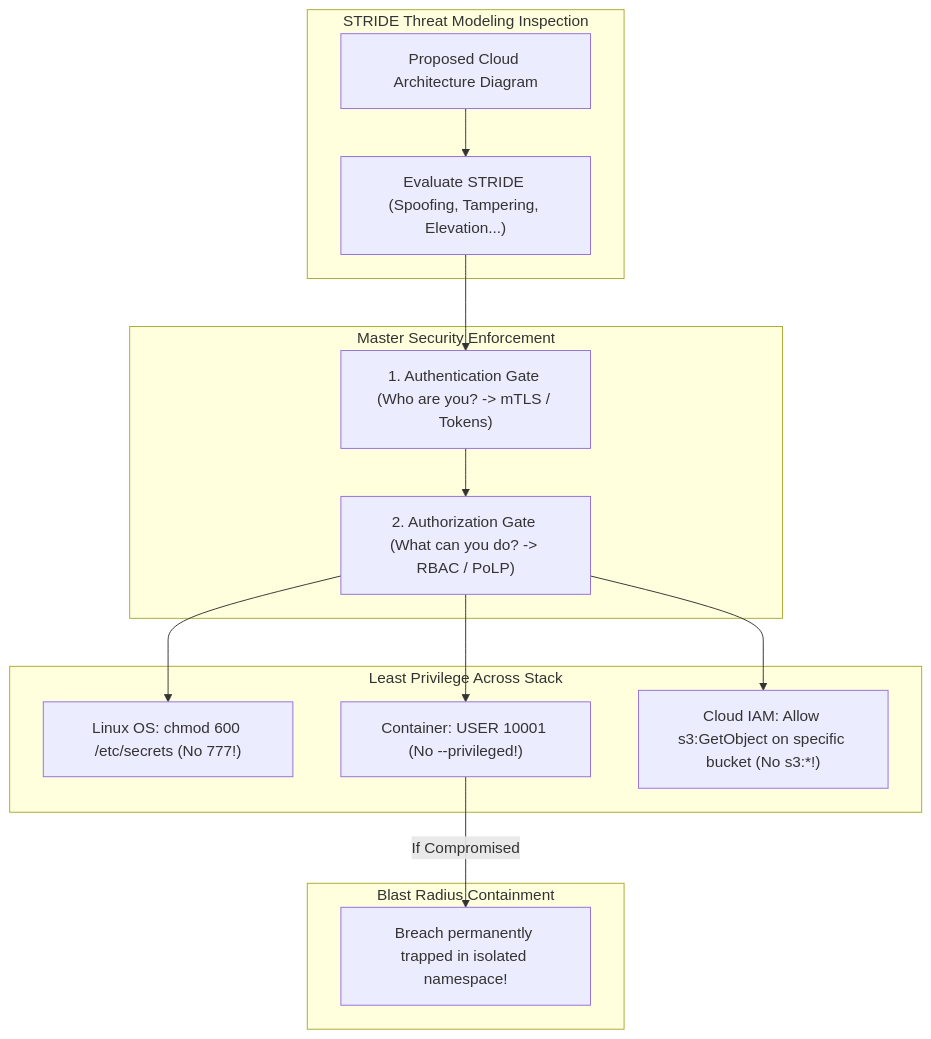
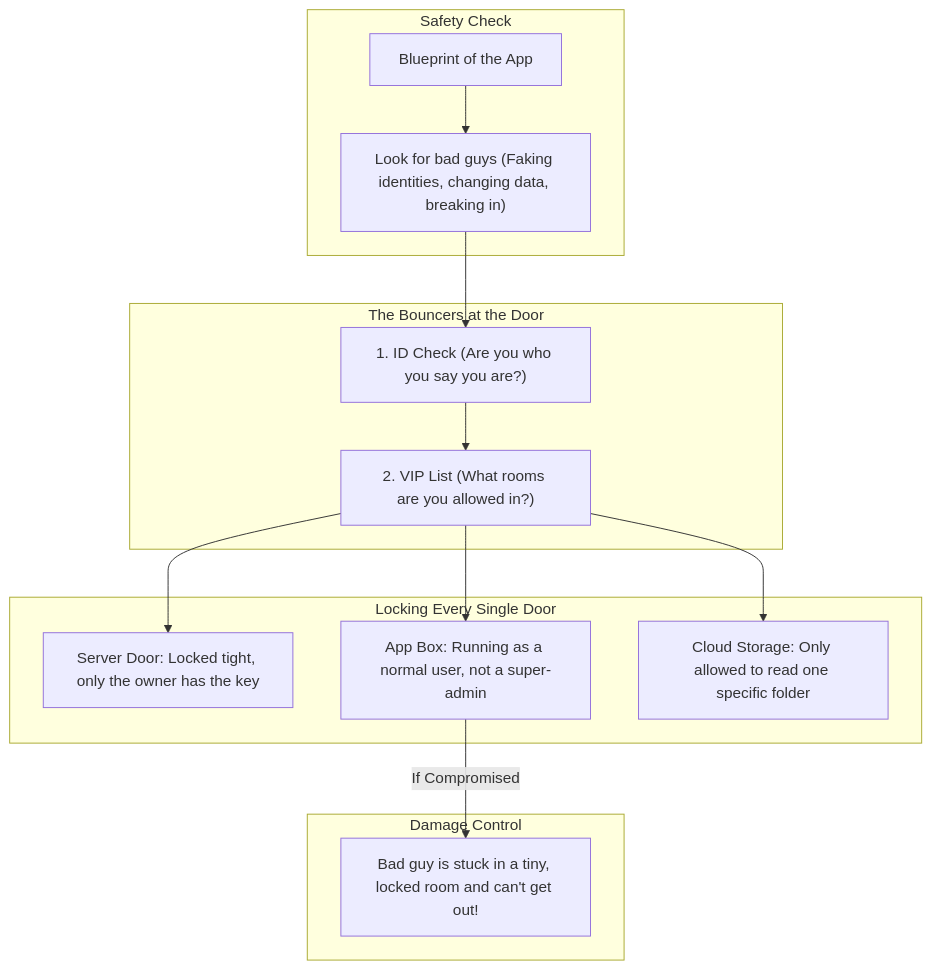
The diagram in website/pages/modules/module-07/lesson-01.md (aloysiuspattath/platform-engineering-ai-course), drawn with Mermaid before and after one commit. The commit also changed other lines of this file and 56 other files, not shown here.

Commit message:
refactor: simplify all architecture diagrams and explanations to layman's terms via AI subagent swarm

````diff
--- a/website/pages/modules/module-07/lesson-01.md
+++ b/website/pages/modules/module-07/lesson-01.md
@@ -118,21 +118,21 @@
 ```mermaid
 flowchart TD
-    subgraph ThreatModeling [STRIDE Threat Modeling Inspection]
-        ARCH["Proposed Cloud Architecture Diagram"] --> STRIDE["Evaluate STRIDE (Spoofing, Tampering, Elevation...)"]
+    subgraph ThreatModeling [Safety Check]
+        ARCH["Blueprint of the App"] --> STRIDE["Look for bad guys (Faking identities, changing data, breaking in)"]
     end
 
-    subgraph SecurityGates [Master Security Enforcement]
-        STRIDE --> AUTHN["1. Authentication Gate (Who are you? -> mTLS / Tokens)"]
-        AUTHN --> AUTHZ["2. Authorization Gate (What can you do? -> RBAC / PoLP)"]
+    subgraph SecurityGates [The Bouncers at the Door]
+        STRIDE --> AUTHN["1. ID Check (Are you who you say you are?)"]
+        AUTHN --> AUTHZ["2. VIP List (What rooms are you allowed in?)"]
     end
 
-    subgraph PoLPLayers [Least Privilege Across Stack]
-        AUTHZ --> LINUX["Linux OS: chmod 600 /etc/secrets (No 777!)"]
-        AUTHZ --> DOCKER["Container: USER 10001 (No --privileged!)"]
-        AUTHZ --> CLOUD["Cloud IAM: Allow s3:GetObject on specific bucket (No s3:*!)"]
+    subgraph PoLPLayers [Locking Every Single Door]
+        AUTHZ --> LINUX["Server Door: Locked tight, only the owner has the key"]
+        AUTHZ --> DOCKER["App Box: Running as a normal user, not a super-admin"]
+        AUTHZ --> CLOUD["Cloud Storage: Only allowed to read one specific folder"]
     end
 
-    subgraph BlastRadius [Blast Radius Containment]
-        DOCKER -->|If Compromised| CONTAIN["Breach permanently trapped in isolated namespace!"]
+    subgraph BlastRadius [Damage Control]
+        DOCKER -->|If Compromised| CONTAIN["Bad guy is stuck in a tiny, locked room and can't get out!"]
     end
 ```
````
